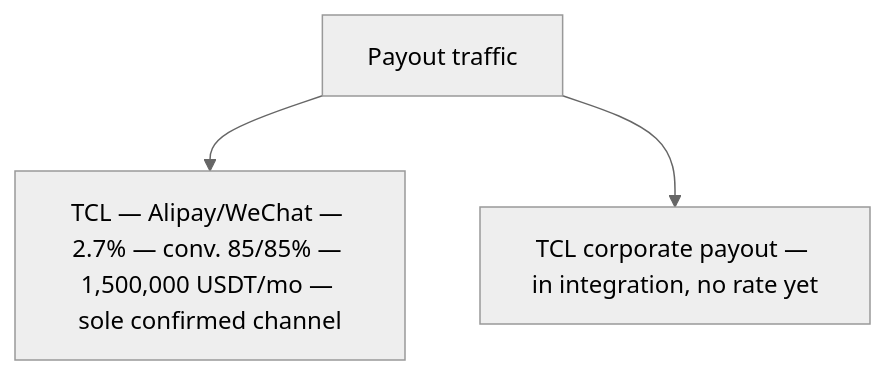
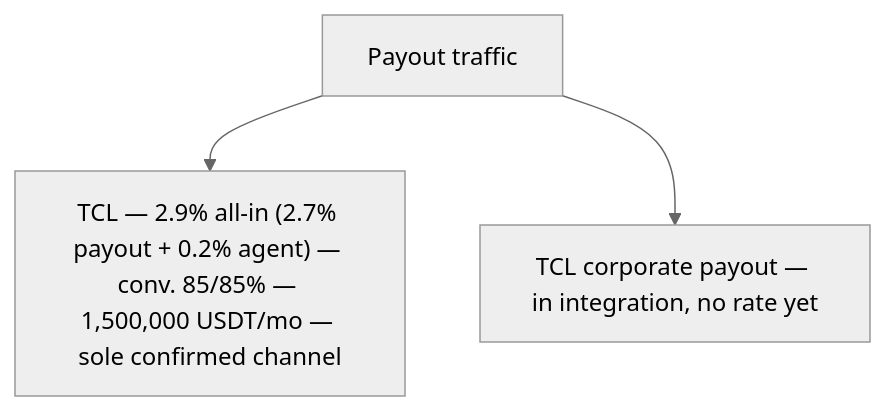
The eighth of 9 diagrams in docs/payment_cascades.md (JoJ-se/incas-geo-expansion-pack), drawn with Mermaid (neutral theme) before and after one commit. The commit also changed other lines of this file and 8 other files, not shown here.

````diff
--- a/docs/payment_cascades.md
+++ b/docs/payment_cascades.md
@@ -117,5 +122,5 @@
 ```mermaid
 flowchart TD
-    A[Payout traffic] --> L1["TCL — Alipay/WeChat — 2.7% — conv. 85/85% — 1,500,000 USDT/mo — sole confirmed channel"]
+    A[Payout traffic] --> L1["TCL — 2.9% all-in (2.7% payout + 0.2% agent) — conv. 85/85% — 1,500,000 USDT/mo — sole confirmed channel"]
     A --> Pipeline["TCL corporate payout — in integration, no rate yet"]
 ```
````
